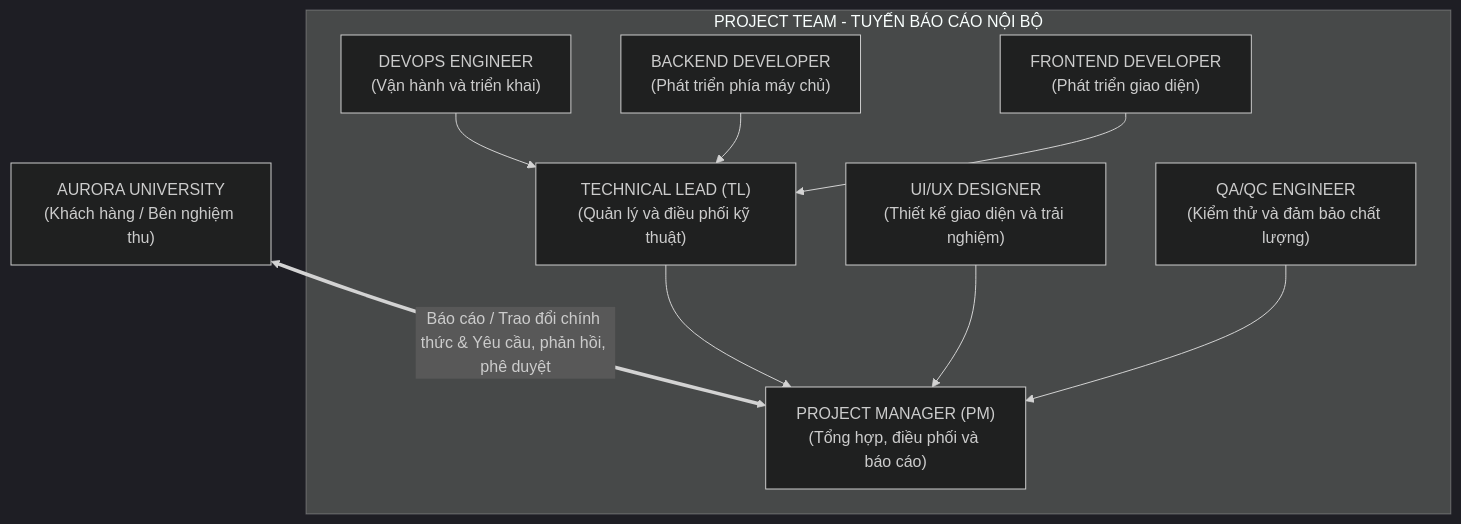
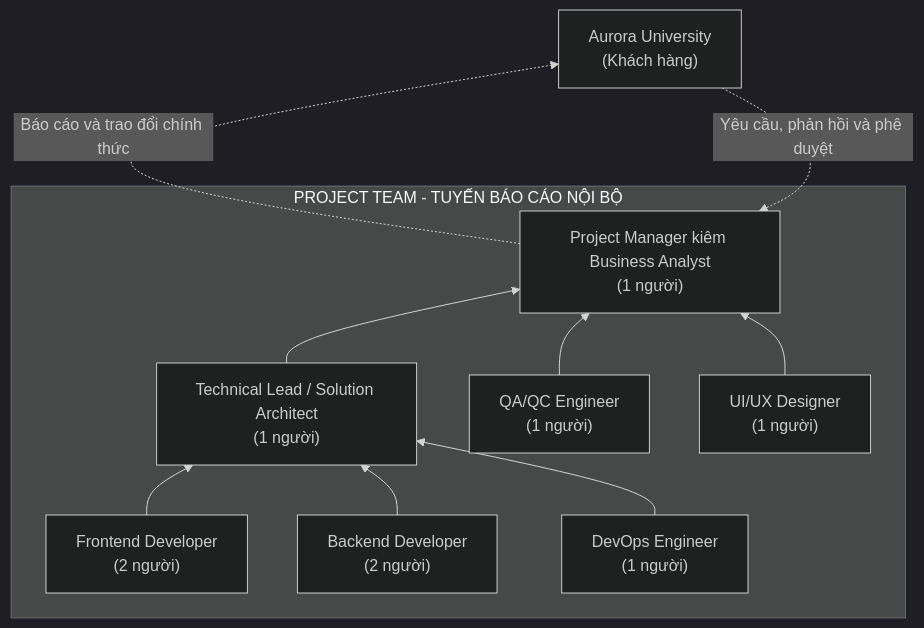
The diagram in docs/project_governance_and_monitoring.md (vinhdai123/UniSupport_Project), drawn with Mermaid (dark theme) before and after one commit. The commit also changed other lines of this file, not shown here.

Commit message:
docs: align governance and monitoring with reviewed project plan

````diff
--- a/docs/project_governance_and_monitoring.md
+++ b/docs/project_governance_and_monitoring.md
@@ -42,34 +42,14 @@
 ```mermaid
-graph TD
-    %% Nodes Defintion
-    AU["AURORA UNIVERSITY<br/>(Khách hàng / Bên nghiệm thu)"]
-    PM["PROJECT MANAGER (PM)<br/>(Tổng hợp, điều phối và báo cáo)"]
-    
-    TL["TECHNICAL LEAD (TL)<br/>(Quản lý và điều phối kỹ thuật)"]
-    UIUX["UI/UX DESIGNER<br/>(Thiết kế giao diện và trải nghiệm)"]
-    QA["QA/QC ENGINEER<br/>(Kiểm thử và đảm bảo chất lượng)"]
-    
-    DEVOPS["DEVOPS ENGINEER<br/>(Vận hành và triển khai)"]
-    BE["BACKEND DEVELOPER<br/>(Phát triển phía máy chủ)"]
-    FE["FRONTEND DEVELOPER<br/>(Phát triển giao diện)"]
-
-    %% Groupings
-    subgraph ProjectTeam ["PROJECT TEAM - TUYẾN BÁO CÁO NỘI BỘ"]
-        PM
-        TL
-        UIUX
-        QA
-        DEVOPS
-        BE
-        FE
+flowchart BT
+    subgraph ProjectTeam["PROJECT TEAM - TUYẾN BÁO CÁO NỘI BỘ"]
+        FE["Frontend Developer<br/>(2 người)"] --> TL["Technical Lead / Solution Architect<br/>(1 người)"]
+        BE["Backend Developer<br/>(2 người)"] --> TL
+        DEVOPS["DevOps Engineer<br/>(1 người)"] --> TL
+        TL --> PM["Project Manager kiêm Business Analyst<br/>(1 người)"]
+        QA["QA/QC Engineer<br/>(1 người)"] --> PM
+        UIUX["UI/UX Designer<br/>(1 người)"] --> PM
     end
 
-    %% Relationships
-    AU <== "Báo cáo / Trao đổi chính thức & Yêu cầu, phản hồi, phê duyệt" ==> PM
-    TL --> PM
-    UIUX --> PM
-    QA --> PM
-    DEVOPS --> TL
-    BE --> TL
-    FE --> TL
+    PM -. "Báo cáo và trao đổi chính thức" .-> AU["Aurora University<br/>(Khách hàng)"]
+    AU -. "Yêu cầu, phản hồi và phê duyệt" .-> PM
 ```
````
